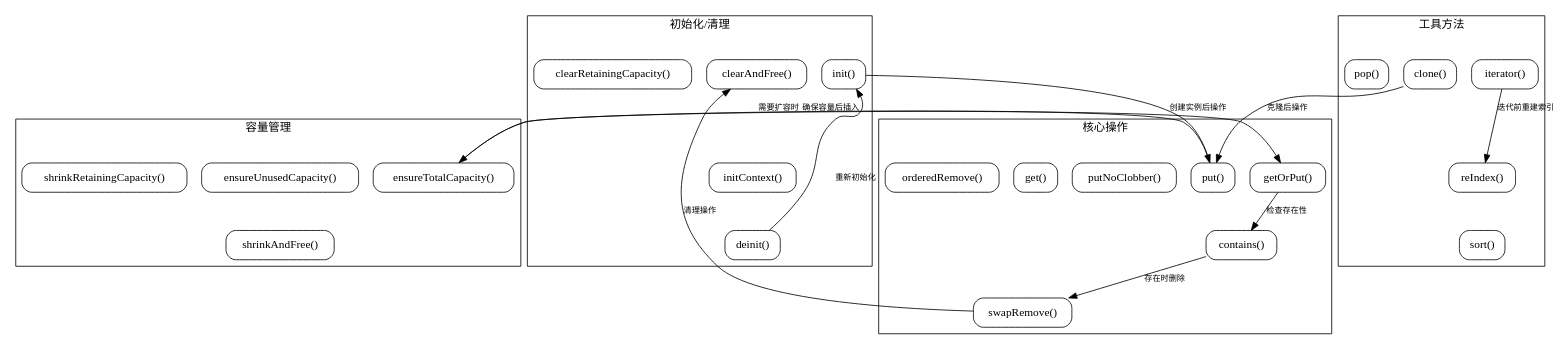
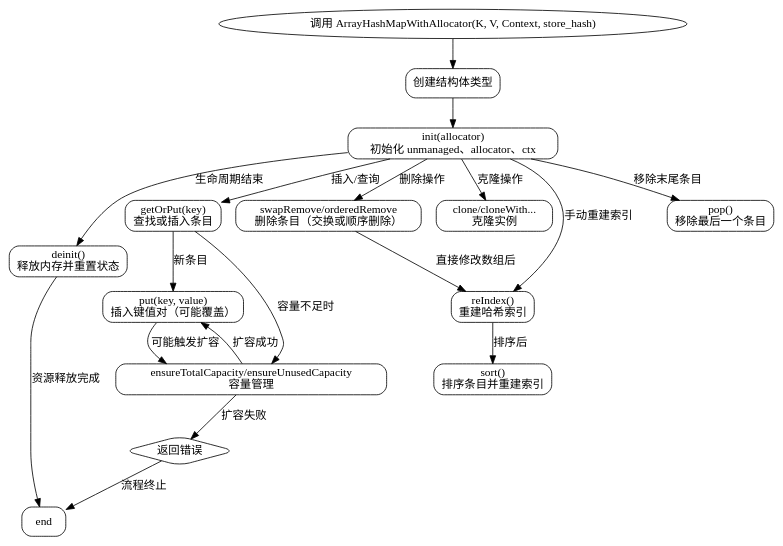
Before and after one commit to sdzx-1/deepseek-zig-reader: the diagram in dot_std/array_hash_map.zig.ArrayHashMapWithAllocator.md, drawn with Graphviz. The commit also changed other lines of this file and 236 other files, not shown here.

````diff
--- a/dot_std/array_hash_map.zig.ArrayHashMapWithAllocator.md
+++ b/dot_std/array_hash_map.zig.ArrayHashMapWithAllocator.md
@@ -56,68 +25,40 @@
 ```dot
-digraph ArrayHashMapWithAllocator {
-    rankdir="TB";
-    node [shape=rectangle, style="rounded"];
-    edge [fontsize=10];
+digraph G {
+    rankdir=TB;
+    node [shape=rectangle, style=rounded];
 
-    // 初始化相关
-    subgraph cluster_init {
-        label="初始化/清理";
-        init [label="init()"];
-        initContext [label="initContext()"];
-        deinit [label="deinit()"];
-        clearRetainingCapacity [label="clearRetainingCapacity()"];
-        clearAndFree [label="clearAndFree()"];
-        init -> initContext [style="invis"];
-        initContext -> deinit [style="invis"];
-    }
+    start [label="调用 ArrayHashMapWithAllocator(K, V, Context, store_hash)", shape=ellipse];
+    create_struct [label="创建结构体类型"];
+    init_method [label="init(allocator)\n初始化 unmanaged、allocator、ctx"];
+    deinit_method [label="deinit()\n释放内存并重置状态"];
+    getOrPut_method [label="getOrPut(key)\n查找或插入条目"];
+    put_method [label="put(key, value)\n插入键值对（可能覆盖）"];
+    remove_methods [label="swapRemove/orderedRemove\n删除条目（交换或顺序删除）"];
+    capacity_management [label="ensureTotalCapacity/ensureUnusedCapacity\n容量管理"];
+    clone_methods [label="clone/cloneWith...\n克隆实例"];
+    reIndex_method [label="reIndex()\n重建哈希索引"];
+    sort_method [label="sort()\n排序条目并重建索引"];
+    pop_method [label="pop()\n移除最后一个条目"];
 
-    // 核心操作
-    subgraph cluster_crud {
-        label="核心操作";
-        getOrPut [label="getOrPut()"];
-        put [label="put()"];
-        putNoClobber [label="putNoClobber()"];
-        get [label="get()"];
-        contains [label="contains()"];
-        swapRemove [label="swapRemove()"];
-        orderedRemove [label="orderedRemove()"];
-    }
+    start -> create_struct;
+    create_struct -> init_method;
+    init_method -> deinit_method [label="生命周期结束"];
+    init_method -> getOrPut_method [label="插入/查询"];
+    getOrPut_method -> put_method [label="新条目"];
+    getOrPut_method -> capacity_management [label="容量不足时"];
+    put_method -> capacity_management [label="可能触发扩容"];
+    capacity_management -> put_method [label="扩容成功"];
+    init_method -> remove_methods [label="删除操作"];
+    remove_methods -> reIndex_method [label="直接修改数组后"];
+    init_method -> clone_methods [label="克隆操作"];
+    init_method -> reIndex_method [label="手动重建索引"];
+    reIndex_method -> sort_method [label="排序后"];
+    init_method -> pop_method [label="移除末尾条目"];
+    deinit_method -> end [label="资源释放完成", shape=ellipse];
 
-    // 容量管理
-    subgraph cluster_capacity {
-        label="容量管理";
-        ensureTotalCapacity [label="ensureTotalCapacity()"];
-        ensureUnusedCapacity [label="ensureUnusedCapacity()"];
-        shrinkRetainingCapacity [label="shrinkRetainingCapacity()"];
-        shrinkAndFree [label="shrinkAndFree()"];
-    }
-
-    // 迭代/工具方法
-    subgraph cluster_utils {
-        label="工具方法";
-        iterator [label="iterator()"];
-        reIndex [label="reIndex()"];
-        clone [label="clone()"];
-        sort [label="sort()"];
-        pop [label="pop()"];
-    }
-
-    // 生命周期流程
-    init -> put [label="创建实例后操作"];
-    put -> ensureTotalCapacity [label="需要扩容时"];
-    ensureTotalCapacity -> getOrPut [label="确保容量后插入"];
-    getOrPut -> contains [label="检查存在性"];
-    contains -> swapRemove [label="存在时删除"];
-    swapRemove -> clearAndFree [label="清理操作"];
-    iterator -> reIndex [label="迭代前重建索引"];
-    clone -> put [label="克隆后操作"];
-    deinit -> init [label="重新初始化", constraint=false];
-    
-    // 隐藏关系保持布局
-    edge [style=invis];
-    initContext -> getOrPut;
-    clearRetainingCapacity -> shrinkRetainingCapacity;
-    ensureUnusedCapacity -> shrinkAndFree;
-    reIndex -> sort;
+    // 错误处理分支
+    capacity_management -> error_handler [label="扩容失败"];
+    error_handler [label="返回错误", shape=diamond];
+    error_handler -> end [label="流程终止"];
 }
 ```
````
